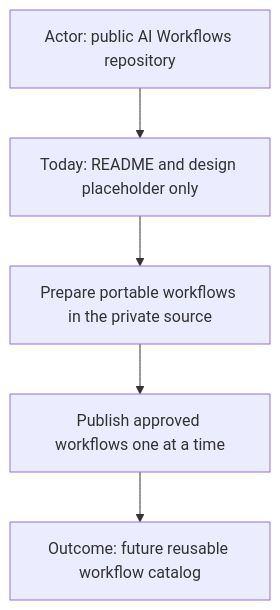
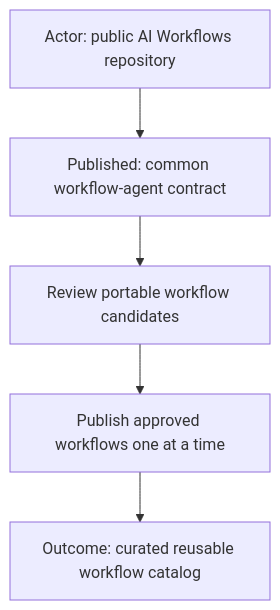
Before and after one commit to starodubtsevconsulting/ai-workflows: the second of 7 diagrams in README.md, drawn with Mermaid. The commit also changed other lines of this file and 1 other file, not shown here.

Commit message:
Publish common workflow agents contract

````diff
--- a/README.md
+++ b/README.md
@@ -16,8 +16,8 @@
 ```mermaid
 flowchart TD
   Actor["Actor: public AI Workflows repository"]
-  Actor --> Today["Today: README and design placeholder only"]
-  Today --> Review["Prepare portable workflows in the private source"]
+  Actor --> Common["Published: common workflow-agent contract"]
+  Common --> Review["Review portable workflow candidates"]
   Review --> Later["Publish approved workflows one at a time"]
-  Later --> Outcome["Outcome: future reusable workflow catalog"]
+  Later --> Outcome["Outcome: curated reusable workflow catalog"]
 ```
````
